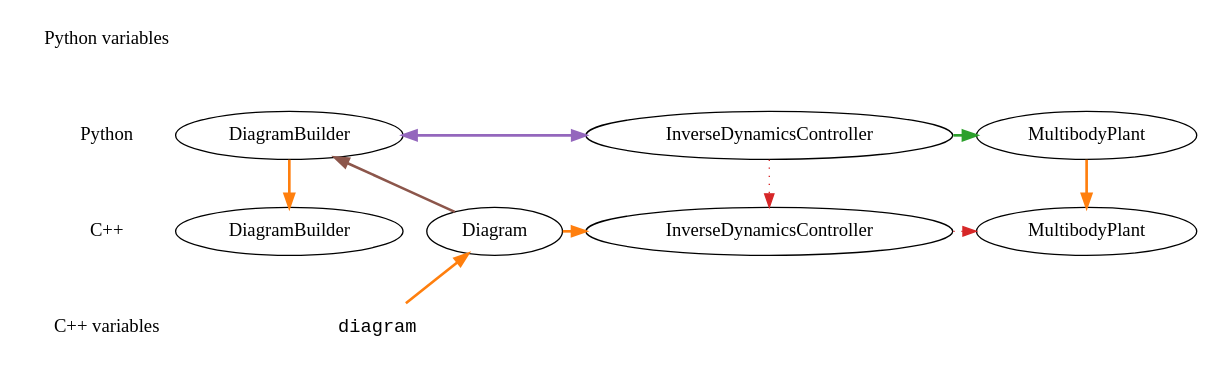
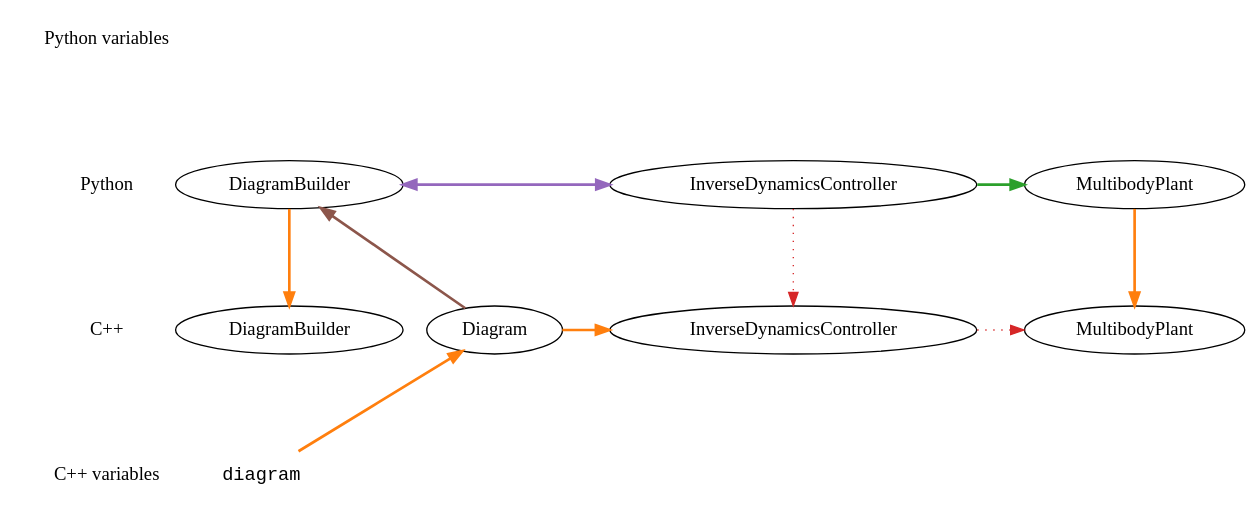
Before and after one commit to rpoyner-tri/drake: the diagram in dot/epoch2.1-cpp.dot, drawn with Graphviz. The commit also changed 9 other files, not shown here.

```diff
--- a/dot/epoch2.1-cpp.dot
+++ b/dot/epoch2.1-cpp.dot
@@ -1,53 +1,54 @@
 digraph G {
+  edge [minlen=2];
   {
     node [shape=plaintext];
     edge [style=invis];
     "Python variables" -> Python -> "C++" -> "C++ variables";
   }
   {
     node [shape=plaintext, fontname="Courier"];
     cvdiagram [label="diagram"];
   }
   
   pymbp [label="MultibodyPlant"];
   cmbp [label="MultibodyPlant"];
   pydb [label="DiagramBuilder"];
   cdb [label="DiagramBuilder"];
   pyidc [label="InverseDynamicsController"];
   cidc [label="InverseDynamicsController"];
   cdgm [label="Diagram"];
   
   { rank = same; "Python variables"; }
   { rank = same; Python; pymbp; pydb; pyidc; }
   { rank = same; "C++"; cmbp; cdb; cidc; cdgm; }
   { rank = same; "C++ variables"; cvdiagram; }
   
   {
     edge [color="#FF7F0E", style=bold];
     pymbp -> cmbp;
     pydb -> cdb;
     cdgm -> cidc;
     cvdiagram -> cdgm [constraint=false];
   }
   
   {
     edge [color="#2CA02C", style=bold, constraint=false];
     pyidc -> pymbp;
   }
   
   {
     edge [color="#9467BD", style=bold, constraint=false, dir=both];
     pyidc -> pydb;
   }
   
   {
     edge [color="#D62728", style=dotted];
     pyidc -> cidc;
     cidc -> cmbp;
   }
   
   {
     edge [color="#8C564B", style=bold, constraint=false, dir=back];
     pydb -> cdgm;
   }
 }
```
